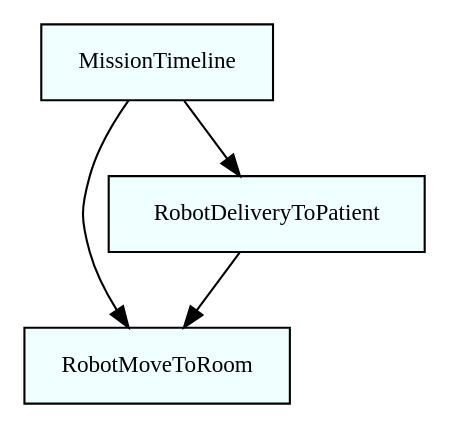
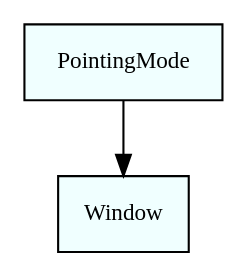
One commit to pstlab/PLATINUm changed the diagram in dependency_graph.dot. Above: the diagram before and after it, drawn with Graphviz. The commit also changed 6 other files, not shown here.

```diff
--- a/dependency_graph.dot
+++ b/dependency_graph.dot
@@ -1,5 +1,5 @@
 digraph dependency_graph {
 	rankdir=TB;
 	node [fontsize=11, style=filled, fillcolor=azure, shape = box]
-	MissionTimeline -> RobotMoveToRoom	RobotDeliveryToPatient -> RobotMoveToRoom	MissionTimeline -> RobotDeliveryToPatient
+	PointingMode -> Window
 }
```
